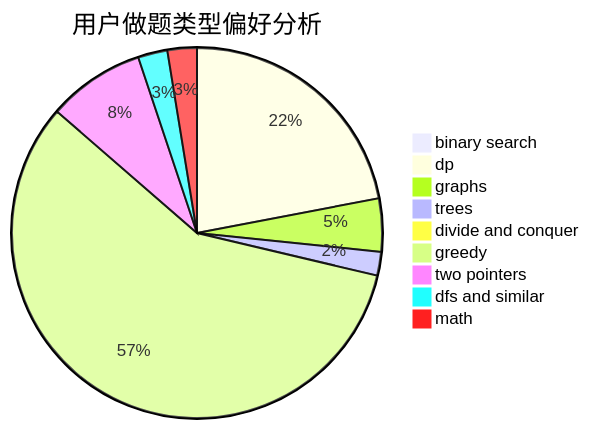
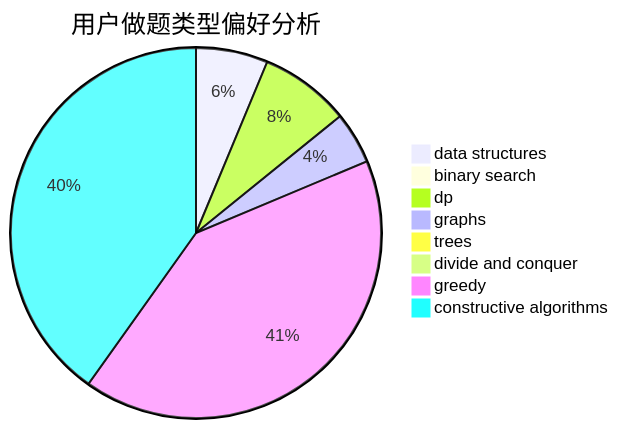
Before and after one commit to sherpahu/cfrs.github.io: the second of 3 diagrams in docs/user/u1142.md, drawn with Mermaid. The commit also changed other lines of this file and 2775 other files, not shown here.

````diff
--- a/docs/user/u1142.md
+++ b/docs/user/u1142.md
@@ -23,12 +23,11 @@
 ```mermaid
 pie title 用户做题类型偏好分析
-    "binary search" :  18
-    "dp" :  394
-    "graphs" :  83
-    "trees" :  37
-    "divide and conquer" :  1
-    "greedy" :  1033
-    "two pointers" :  152
-    "dfs and similar" :  46
-    "math" :  46
+    "data structures" :  86
+    "binary search" :  12
+    "dp" :  108
+    "graphs" :  62
+    "trees" :  10
+    "divide and conquer" :  0
+    "greedy" :  564
+    "constructive algorithms" :  550
 ```
````
